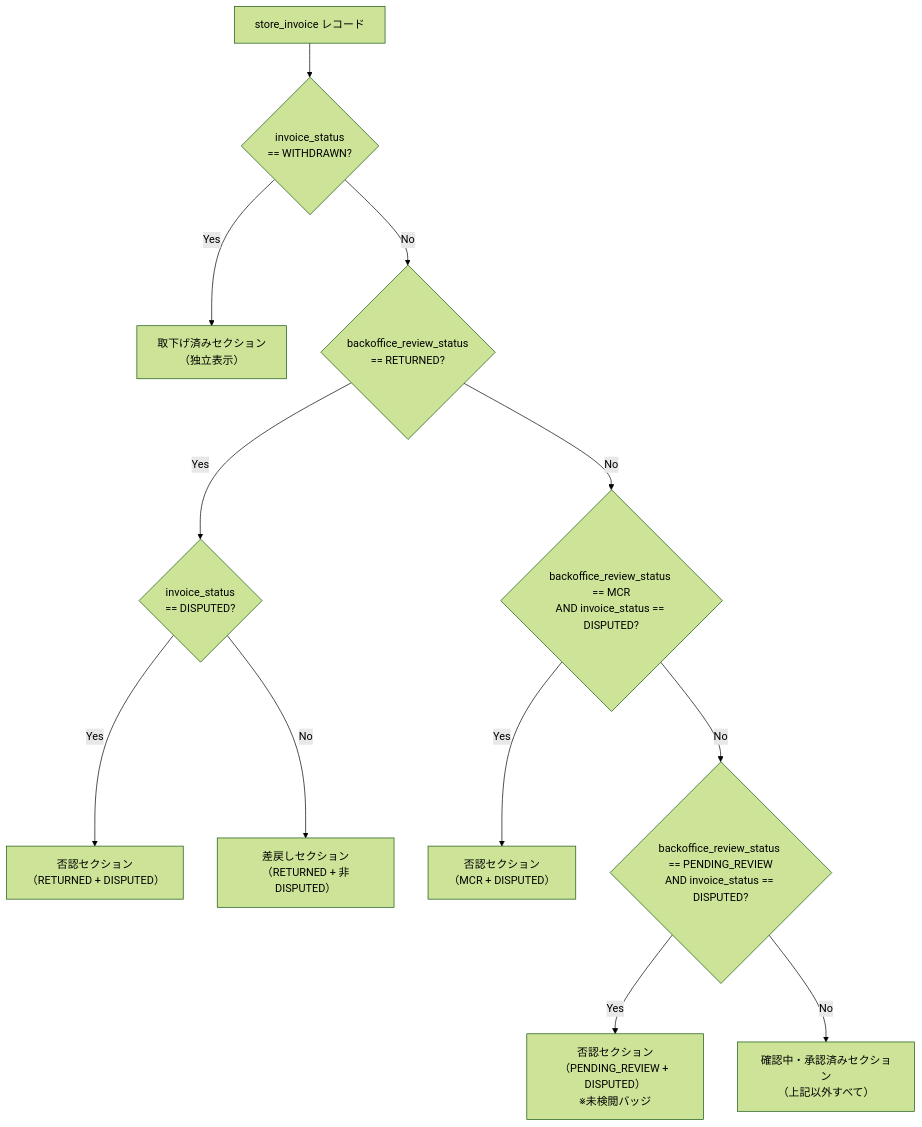
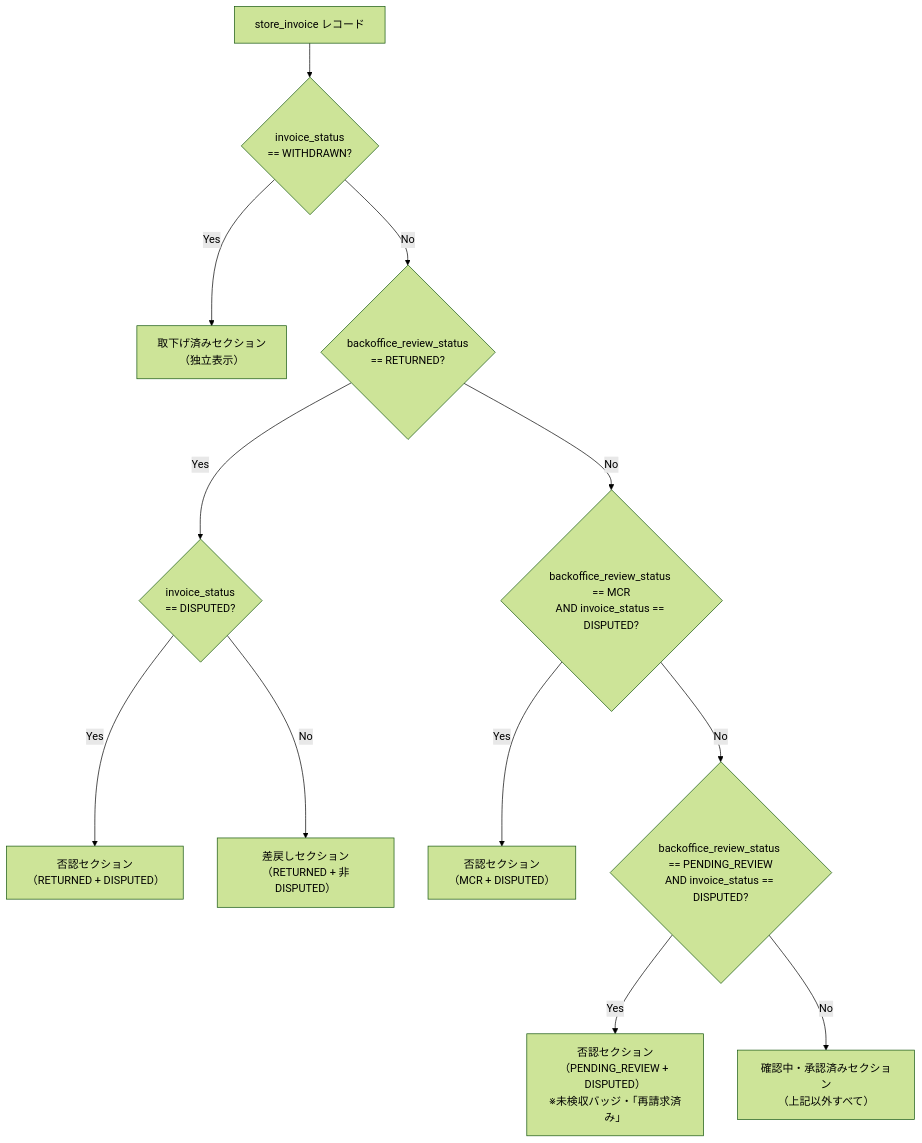
Before and after one commit to USEN-PAY-Products/connect-wholesale-gas-poc: the second of 17 diagrams in docs/specifications/04_detail_page.md, drawn with Mermaid (forest theme). The commit also changed other lines of this file and 13 other files, not shown here.

````diff
--- a/docs/specifications/04_detail_page.md
+++ b/docs/specifications/04_detail_page.md
@@ -94,14 +94,14 @@
 ```mermaid
 flowchart TD
     A["store_invoice レコード"] --> B{"invoice_status\n== WITHDRAWN?"}
     B -- Yes --> W["取下げ済みセクション\n（独立表示）"]
     B -- No --> C{"backoffice_review_status\n== RETURNED?"}
     C -- Yes --> D{"invoice_status\n== DISPUTED?"}
     D -- Yes --> E["否認セクション\n（RETURNED + DISPUTED）"]
     D -- No --> F["差戻しセクション\n（RETURNED + 非DISPUTED）"]
     C -- No --> G{"backoffice_review_status == MCR\nAND invoice_status == DISPUTED?"}
     G -- Yes --> H["否認セクション\n（MCR + DISPUTED）"]
     G -- No --> I{"backoffice_review_status == PENDING_REVIEW\nAND invoice_status == DISPUTED?"}
-    I -- Yes --> J["否認セクション\n（PENDING_REVIEW + DISPUTED）\n※未検閲バッジ"]
+    I -- Yes --> J["否認セクション\n（PENDING_REVIEW + DISPUTED）\n※未検収バッジ・「再請求済み」"]
     I -- No --> K["確認中・承認済みセクション\n（上記以外すべて）"]
 ```
````
